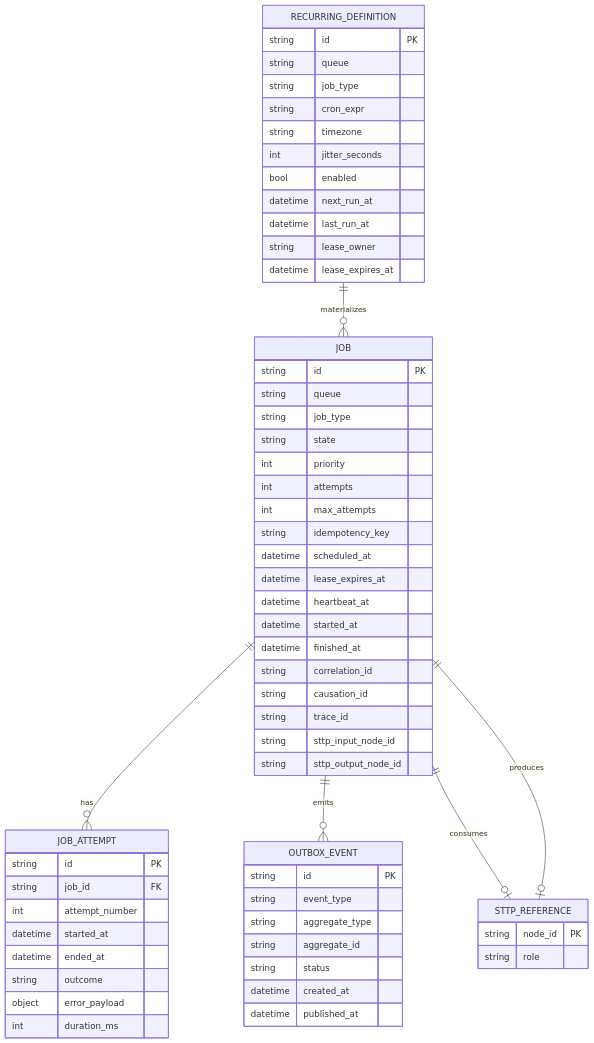
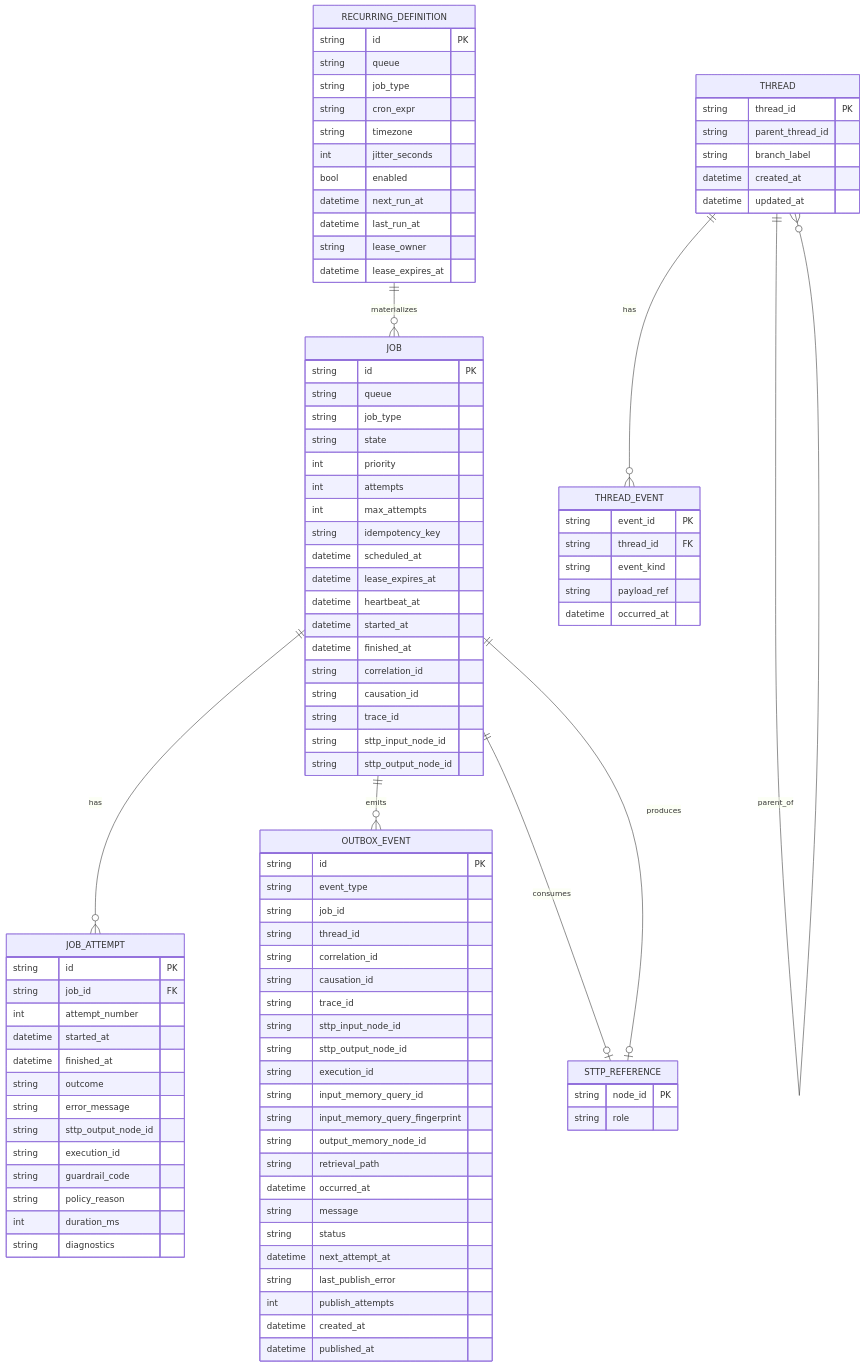
The diagram in docs-book/src/surrealdb-schema.md (EntasisLabs/stasis), drawn with Mermaid before and after one commit. The commit also changed other lines of this file and 92 other files, not shown here.

```diff
--- a/docs-book/src/surrealdb-schema.md
+++ b/docs-book/src/surrealdb-schema.md
@@ -18,6 +33,8 @@
   JOB ||--o{ JOB_ATTEMPT : has
   JOB ||--o{ OUTBOX_EVENT : emits
   RECURRING_DEFINITION ||--o{ JOB : materializes
+  THREAD ||--o{ THREAD_EVENT : has
+  THREAD ||--o{ THREAD : parent_of
   JOB ||--o| STTP_REFERENCE : consumes
   JOB ||--o| STTP_REFERENCE : produces
 
@@ -47,10 +64,15 @@
     string job_id FK
     int attempt_number
     datetime started_at
-    datetime ended_at
+    datetime finished_at
     string outcome
-    object error_payload
+    string error_message
+    string sttp_output_node_id
+    string execution_id
+    string guardrail_code
+    string policy_reason
     int duration_ms
+    string diagnostics
   }
 
   RECURRING_DEFINITION {
@@ -70,11 +92,42 @@
   OUTBOX_EVENT {
     string id PK
     string event_type
-    string aggregate_type
-    string aggregate_id
+    string job_id
+    string thread_id
+    string correlation_id
+    string causation_id
+    string trace_id
+    string sttp_input_node_id
+    string sttp_output_node_id
+    string execution_id
+    string input_memory_query_id
+    string input_memory_query_fingerprint
+    string output_memory_node_id
+    string retrieval_path
+    datetime occurred_at
+    string message
     string status
+    datetime next_attempt_at
+    string last_publish_error
+    int publish_attempts
     datetime created_at
     datetime published_at
+  }
+
+  THREAD {
+    string thread_id PK
+    string parent_thread_id
+    string branch_label
+    datetime created_at
+    datetime updated_at
+  }
+
+  THREAD_EVENT {
+    string event_id PK
+    string thread_id FK
+    string event_kind
+    string payload_ref
+    datetime occurred_at
   }
 
   STTP_REFERENCE {
```
